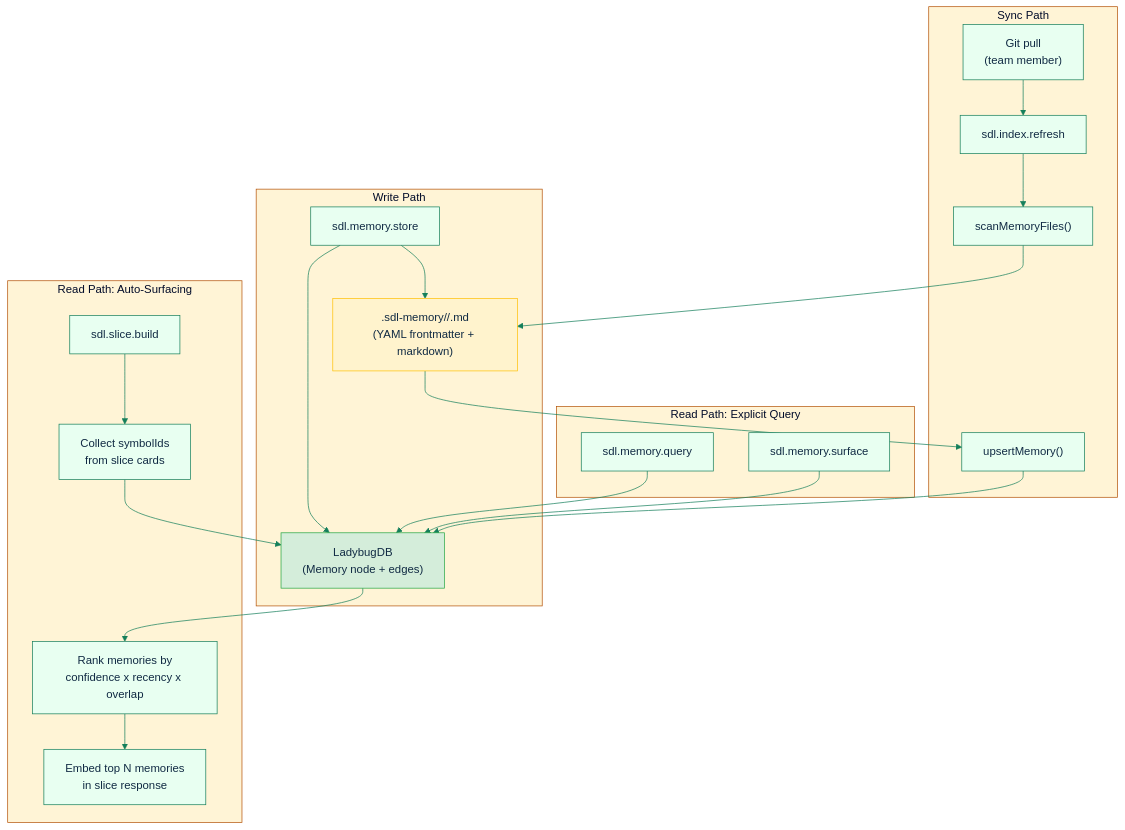
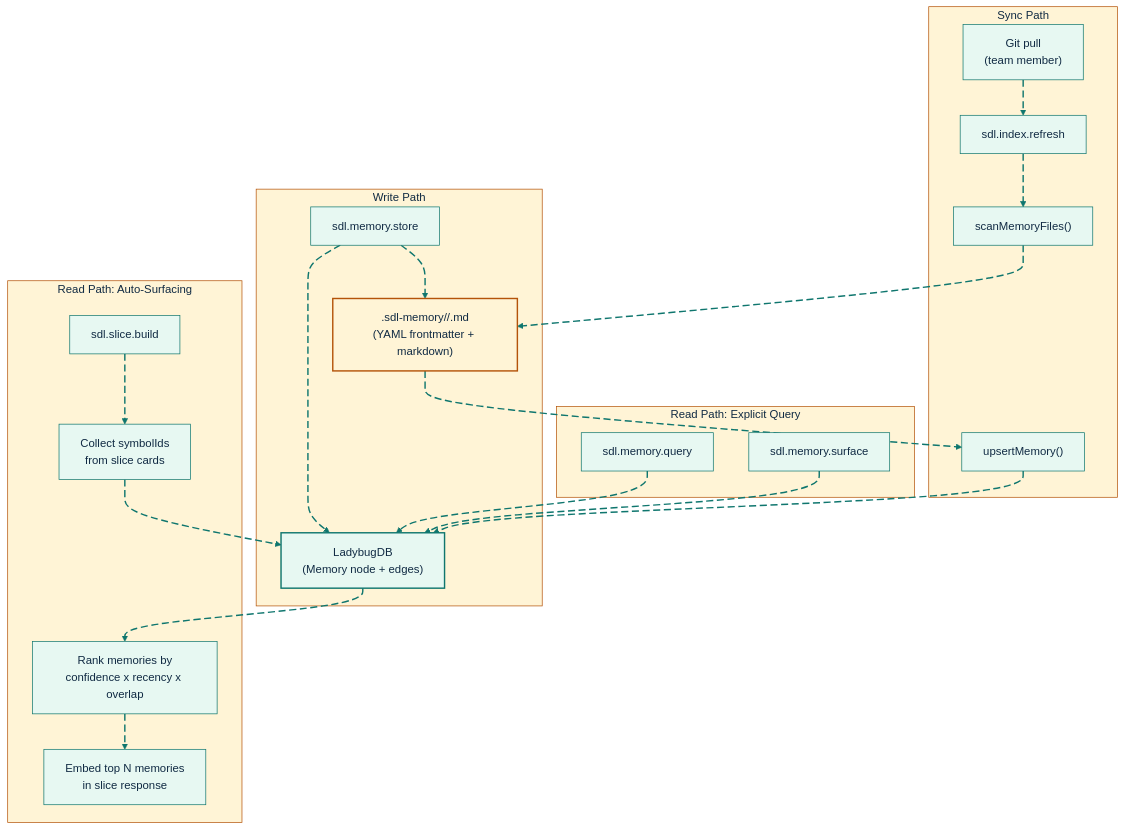
One commit to GlitterKill/sdl-mcp changed the second of 3 diagrams in docs/feature-deep-dives/development-memories.md. Above: the diagram before and after it, drawn with Mermaid. The commit also changed other lines of this file and 33 other files, not shown here.

First line of the commit message:
docs: update mermaid diagram themes and styling across documentation

````diff
--- a/docs/feature-deep-dives/development-memories.md
+++ b/docs/feature-deep-dives/development-memories.md
@@ -47,44 +56,53 @@
 ```mermaid
-%%{init: {"theme":"base","themeVariables":{"primaryColor":"#e8fff1","primaryBorderColor":"#157f5b","primaryTextColor":"#102a43","secondaryColor":"#eef6ff","secondaryBorderColor":"#2563eb","tertiaryColor":"#fff4d6","tertiaryBorderColor":"#b45309","lineColor":"#157f5b","fontFamily":"Trebuchet MS, Arial"},"flowchart":{"curve":"basis"}}}%%
+%%{init: {"theme":"base","themeVariables":{"background":"#ffffff","primaryColor":"#E7F8F2","primaryBorderColor":"#0F766E","primaryTextColor":"#102A43","secondaryColor":"#E8F1FF","secondaryBorderColor":"#2563EB","secondaryTextColor":"#102A43","tertiaryColor":"#FFF4D6","tertiaryBorderColor":"#B45309","tertiaryTextColor":"#102A43","lineColor":"#0F766E","textColor":"#102A43","fontFamily":"Inter, ui-sans-serif, system-ui, -apple-system, BlinkMacSystemFont, Segoe UI, sans-serif"},"flowchart":{"curve":"basis","htmlLabels":true}}}%%
 flowchart TD
     subgraph "Write Path"
         Store["sdl.memory.store"]
         Graph["LadybugDB<br/>(Memory node + edges)"]
         File[".sdl-memory/<type>/<id>.md<br/>(YAML frontmatter + markdown)"]
-        Store --> Graph
-        Store --> File
+        Store e1@--> Graph
+        Store e2@--> File
     end
 
     subgraph "Read Path: Explicit Query"
         MQ["sdl.memory.query"]
         MS["sdl.memory.surface"]
-        MQ --> Graph
-        MS --> Graph
+        MQ e3@--> Graph
+        MS e4@--> Graph
     end
 
     subgraph "Read Path: Auto-Surfacing"
         Slice["sdl.slice.build"]
         Syms["Collect symbolIds<br/>from slice cards"]
         Rank["Rank memories by<br/>confidence x recency x overlap"]
         Embed["Embed top N memories<br/>in slice response"]
-        Slice --> Syms
-        Syms --> Graph
-        Graph --> Rank
-        Rank --> Embed
+        Slice e5@--> Syms
+        Syms e6@--> Graph
+        Graph e7@--> Rank
+        Rank e8@--> Embed
     end
 
     subgraph "Sync Path"
         Git["Git pull<br/>(team member)"]
         Index["sdl.index.refresh"]
         Scan["scanMemoryFiles()"]
         Upsert["upsertMemory()"]
-        Git --> Index
-        Index --> Scan
-        Scan --> File
-        File --> Upsert
-        Upsert --> Graph
+        Git e9@--> Index
+        Index e10@--> Scan
+        Scan e11@--> File
+        File e12@--> Upsert
+        Upsert e13@--> Graph
     end
 
-    style Graph fill:#d4edda,stroke:#28a745
-    style File fill:#fff3cd,stroke:#ffc107
+    style Graph fill:#E7F8F2,stroke:#0F766E,stroke-width:2px,color:#102A43
+    style File fill:#FFF4D6,stroke:#B45309,stroke-width:2px,color:#102A43
+
+    classDef source fill:#E7F8F2,stroke:#0F766E,stroke-width:2px,color:#102A43;
+    classDef process fill:#E8F1FF,stroke:#2563EB,stroke-width:2px,color:#102A43;
+    classDef decision fill:#FFF4D6,stroke:#B45309,stroke-width:2px,color:#102A43;
+    classDef storage fill:#F2E8FF,stroke:#7C3AED,stroke-width:2px,color:#102A43;
+    classDef output fill:#FFE8EF,stroke:#BE123C,stroke-width:2px,color:#102A43;
+    classDef muted fill:#F8FAFC,stroke:#64748B,stroke-width:1px,color:#102A43;
+    classDef animate stroke:#0F766E,stroke-width:2px,stroke-dasharray:10\,5,stroke-dashoffset:900,animation:dash 22s linear infinite;
+    class e1,e2,e3,e4,e5,e6,e7,e8,e9,e10,e11,e12,e13 animate;
 ```
````
